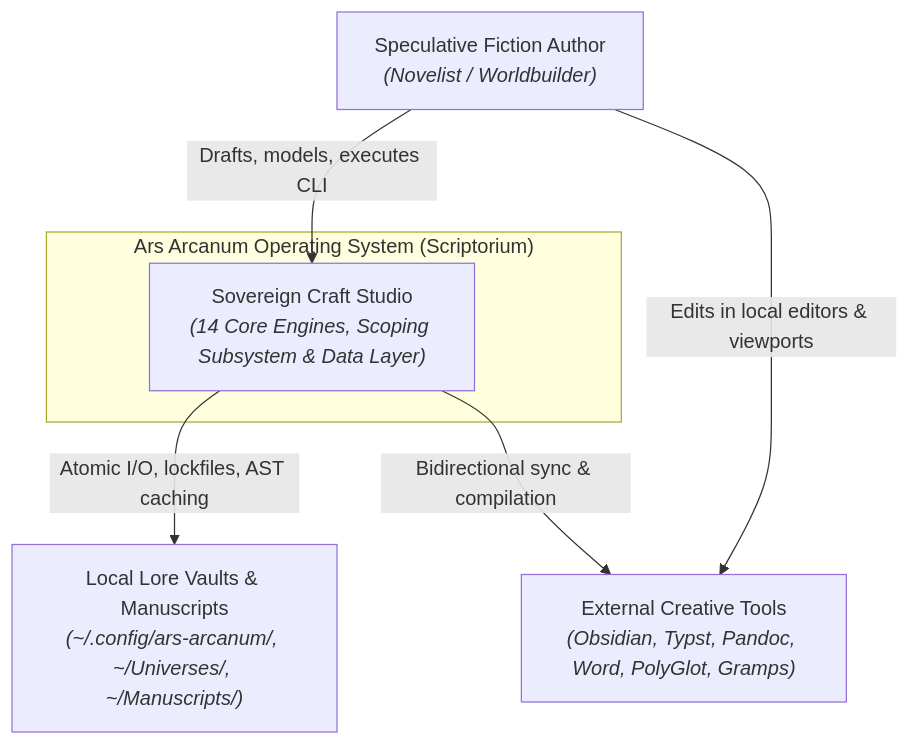
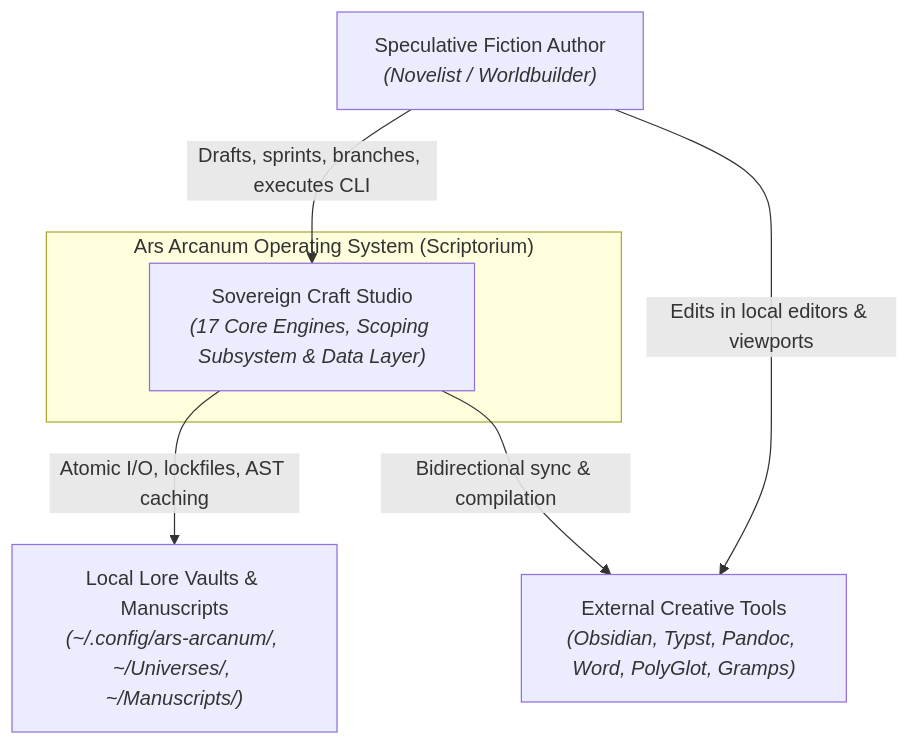
The first of 7 diagrams in docs/codebase/ARCHITECTURE.md (aryansinghnagar/Ars-Arcanum), drawn with Mermaid before and after one commit. The commit also changed other lines of this file and 47 other files, not shown here.

````diff
--- a/docs/codebase/ARCHITECTURE.md
+++ b/docs/codebase/ARCHITECTURE.md
@@ -219,16 +237,16 @@
 ```mermaid
 flowchart TD
     AUTHOR["Speculative Fiction Author<br/><i>(Novelist / Worldbuilder)</i>"]
     
     subgraph ARS["Ars Arcanum Operating System (Scriptorium)"]
-        STUDIO["Sovereign Craft Studio<br/><i>(14 Core Engines, Scoping Subsystem & Data Layer)</i>"]
+        STUDIO["Sovereign Craft Studio<br/><i>(17 Core Engines, Scoping Subsystem & Data Layer)</i>"]
     end
     
     VAULT["Local Lore Vaults & Manuscripts<br/><i>(~/.config/ars-arcanum/, ~/Universes/, ~/Manuscripts/)</i>"]
     EXT_TOOLS["External Creative Tools<br/><i>(Obsidian, Typst, Pandoc, Word, PolyGlot, Gramps)</i>"]
     
-    AUTHOR -->|Drafts, models, executes CLI| STUDIO
+    AUTHOR -->|Drafts, sprints, branches, executes CLI| STUDIO
     STUDIO -->|Atomic I/O, lockfiles, AST caching| VAULT
     STUDIO -->|Bidirectional sync & compilation| EXT_TOOLS
     AUTHOR -->|Edits in local editors & viewports| EXT_TOOLS
 ```
````
